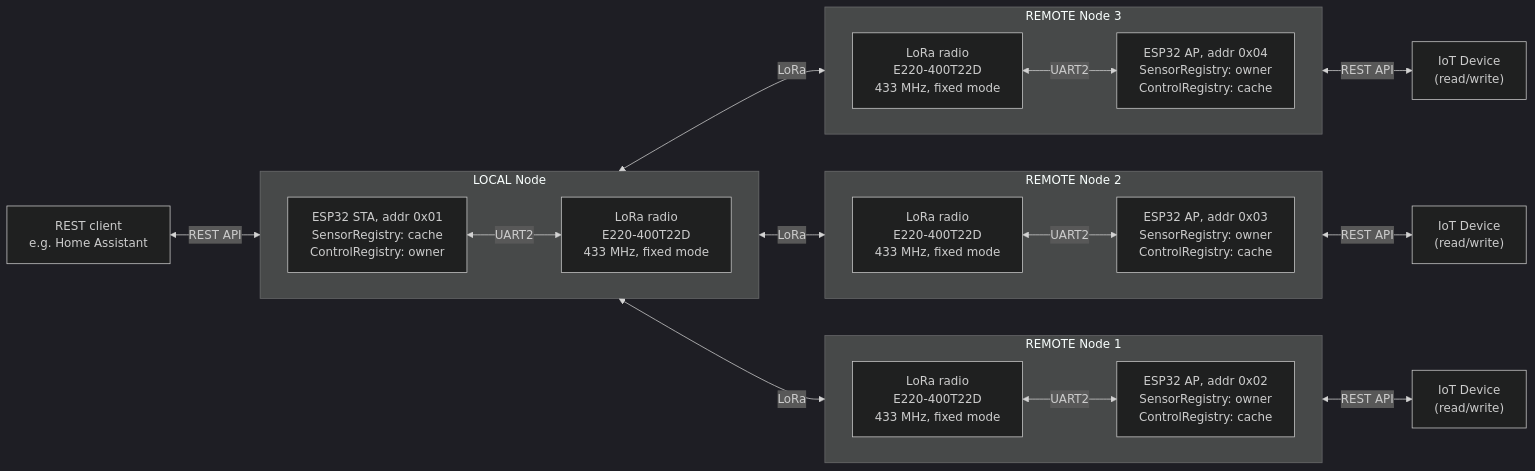
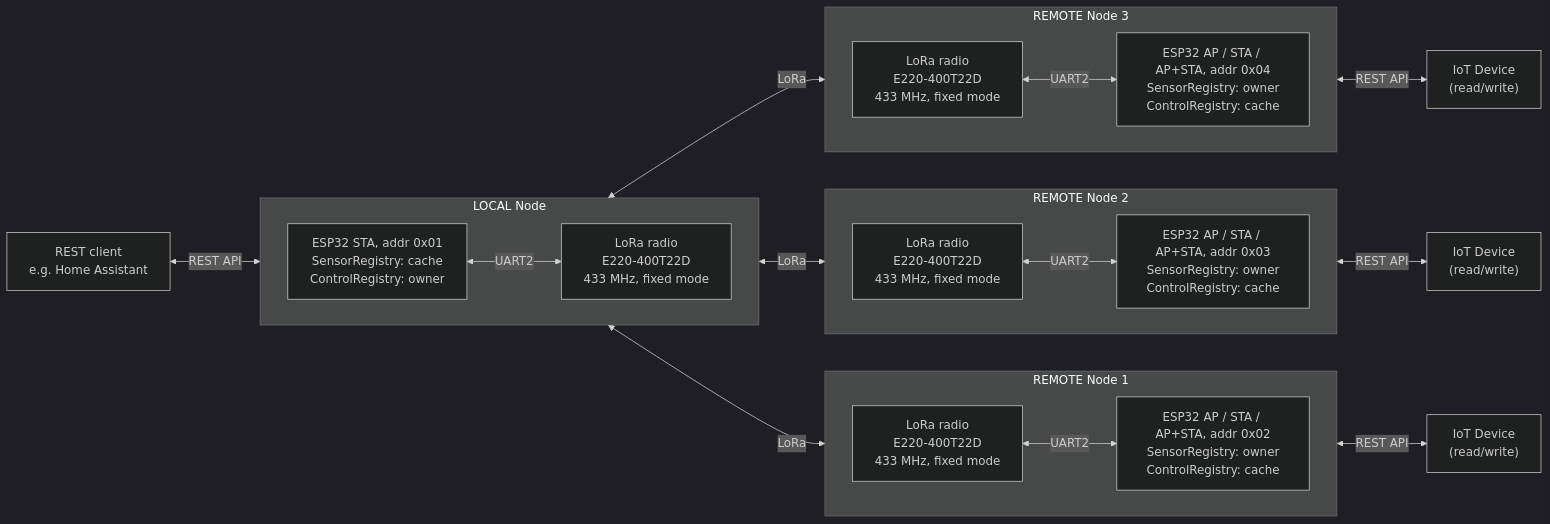
One commit to Warpguru/LoRaIoT changed the diagram in ReadMe.md. Above: the diagram before and after it, drawn with Mermaid (dark theme). The commit also changed other lines of this file and 13 other files, not shown here.

````diff
--- a/ReadMe.md
+++ b/ReadMe.md
@@ -36,44 +36,44 @@
 ```mermaid
 graph LR
     HA["REST client<br/>e.g. Home Assistant"]
 
     subgraph LOCAL ["LOCAL Node"]
         direction LR
         LE["ESP32 STA, addr 0x01<br/>SensorRegistry: cache<br/>ControlRegistry: owner"]
         LR0["LoRa radio<br/>E220-400T22D<br/>433 MHz, fixed mode"]
     end
 
     subgraph REMOTE1 ["REMOTE Node 1"]
         direction LR
         R1R["LoRa radio<br/>E220-400T22D<br/>433 MHz, fixed mode"]
-        R1E["ESP32 AP, addr 0x02<br/>SensorRegistry: owner<br/>ControlRegistry: cache"]
+        R1E["ESP32 AP / STA / AP+STA, addr 0x02<br/>SensorRegistry: owner<br/>ControlRegistry: cache"]
     end
 
     subgraph REMOTE2 ["REMOTE Node 2"]
         direction LR
         R2R["LoRa radio<br/>E220-400T22D<br/>433 MHz, fixed mode"]
-        R2E["ESP32 AP, addr 0x03<br/>SensorRegistry: owner<br/>ControlRegistry: cache"]
+        R2E["ESP32 AP / STA / AP+STA, addr 0x03<br/>SensorRegistry: owner<br/>ControlRegistry: cache"]
     end
 
     subgraph REMOTE3 ["REMOTE Node 3"]
         direction LR
         R3R["LoRa radio<br/>E220-400T22D<br/>433 MHz, fixed mode"]
-        R3E["ESP32 AP, addr 0x04<br/>SensorRegistry: owner<br/>ControlRegistry: cache"]
+        R3E["ESP32 AP / STA / AP+STA, addr 0x04<br/>SensorRegistry: owner<br/>ControlRegistry: cache"]
     end
 
     D1["IoT Device<br/>(read/write)"]
     D2["IoT Device<br/>(read/write)"]
     D3["IoT Device<br/>(read/write)"]
 
     HA <-->|"REST API"| LE
     LE <-->|"UART2"| LR0
     LR0 <-->|"LoRa"| R1R
     LR0 <-->|"LoRa"| R2R
     LR0 <-->|"LoRa"| R3R
     R1R <-->|"UART2"| R1E
     R2R <-->|"UART2"| R2E
     R3R <-->|"UART2"| R3E
     R1E <-->|"REST API"| D1
     R2E <-->|"REST API"| D2
     R3E <-->|"REST API"| D3
 ```
````
